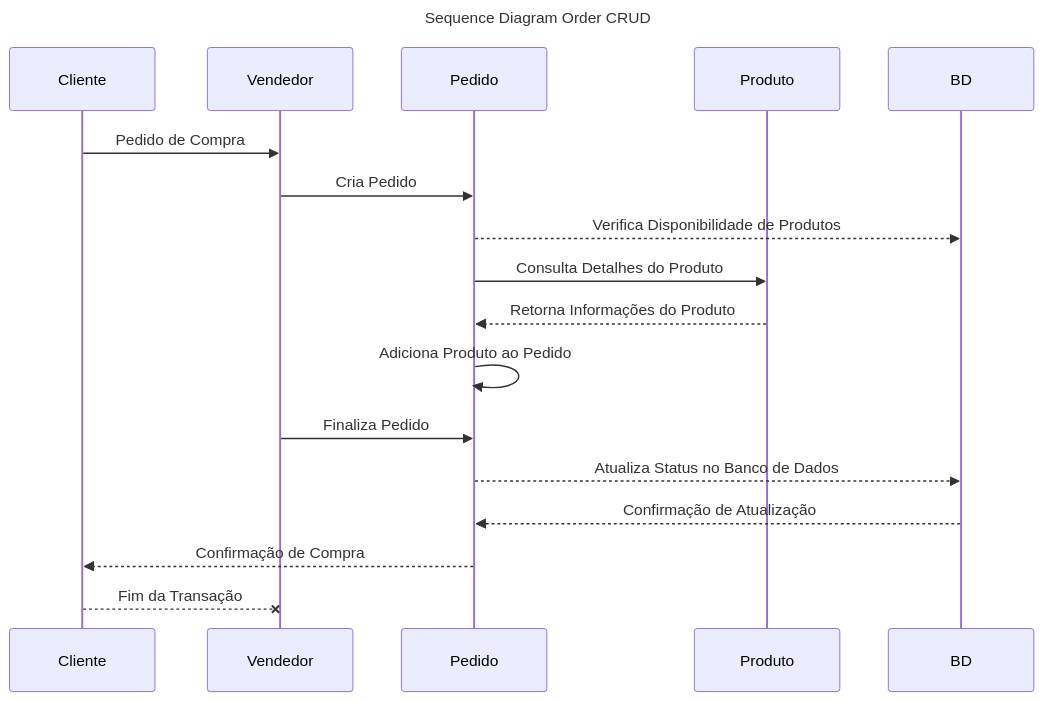
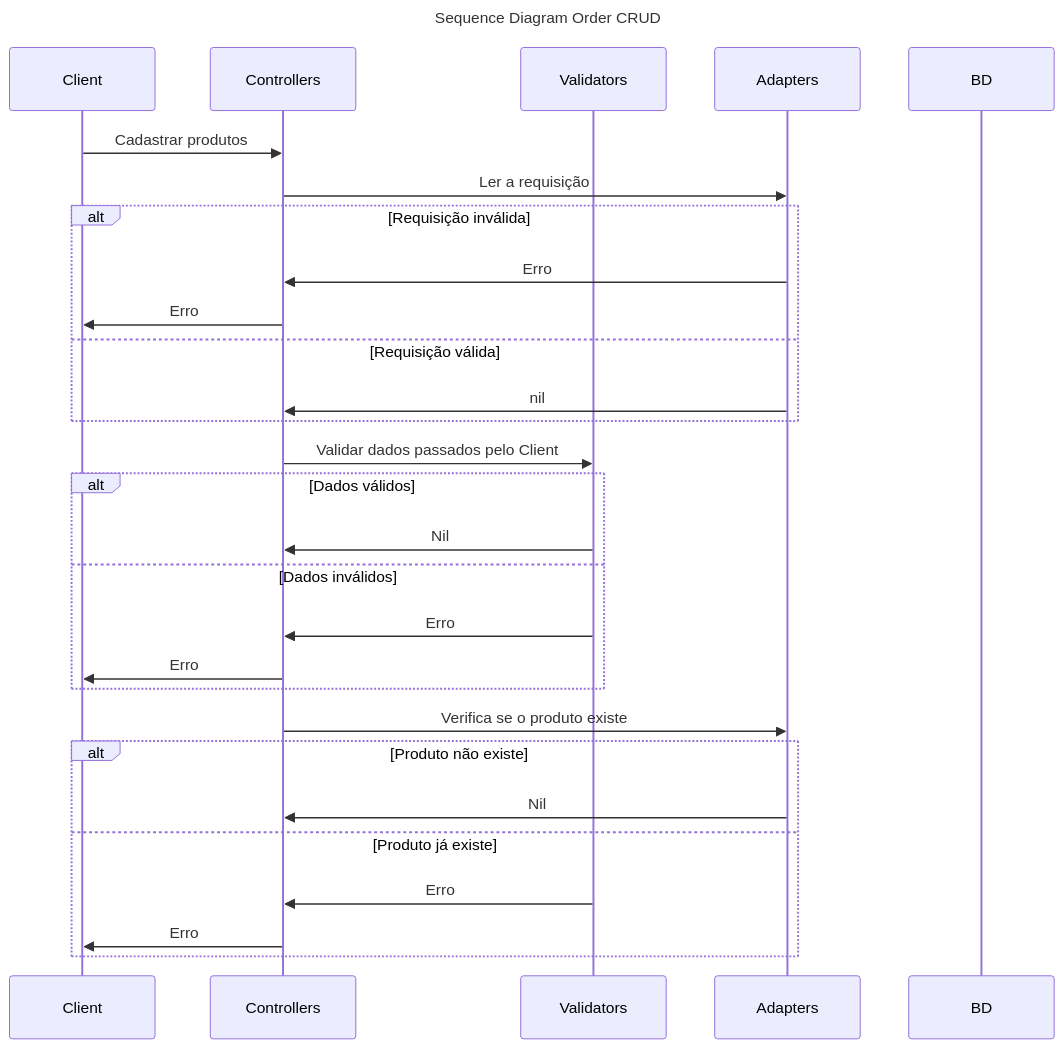
The diagram in diagrams/sequence.mmd (marianaoliveira-mb/APIGo), drawn with Mermaid before and after one commit. The commit also changed other lines of this file and 2 other files, not shown here.

Commit message:
Criando o sequence diagram

```diff
--- a/diagrams/sequence.mmd
+++ b/diagrams/sequence.mmd
@@ -1,22 +1,34 @@
 ---
 title: Sequence Diagram Order CRUD
 ---
 
 sequenceDiagram
-    participant Cliente
-    participant Vendedor
-    participant Pedido
-    participant Produto
+    participant Client
+    participant Controllers
+    participant Validators
+    participant Adapters
     participant BD
 
-    Cliente->>Vendedor: Pedido de Compra
-    Vendedor->>Pedido: Cria Pedido
-    Pedido-->>BD: Verifica Disponibilidade de Produtos
-    Pedido->>Produto: Consulta Detalhes do Produto
-    Produto-->>Pedido: Retorna Informações do Produto
-    Pedido->>Pedido: Adiciona Produto ao Pedido
-    Vendedor->>Pedido: Finaliza Pedido
-    Pedido-->>BD: Atualiza Status no Banco de Dados
-    BD-->>Pedido: Confirmação de Atualização
-    Pedido-->>Cliente: Confirmação de Compra
-    Cliente--x Vendedor: Fim da Transação
+
+    Client->>Controllers: Cadastrar produtos
+    Controllers->>Adapters: Ler a requisição
+    alt  Requisição inválida
+        Adapters->>Controllers: Erro
+        Controllers->>Client: Erro
+    else Requisição válida
+        Adapters->>Controllers: nil
+    end
+    Controllers->>Validators: Validar dados passados pelo Client
+    alt  Dados válidos
+        Validators->>Controllers: Nil
+    else Dados inválidos
+        Validators->>Controllers: Erro
+        Controllers->>Client: Erro
+    end
+    Controllers->>Adapters: Verifica se o produto existe
+    alt  Produto não existe
+        Adapters->>Controllers: Nil
+    else Produto já existe
+        Validators->>Controllers: Erro
+        Controllers->>Client: Erro
+    end
```
